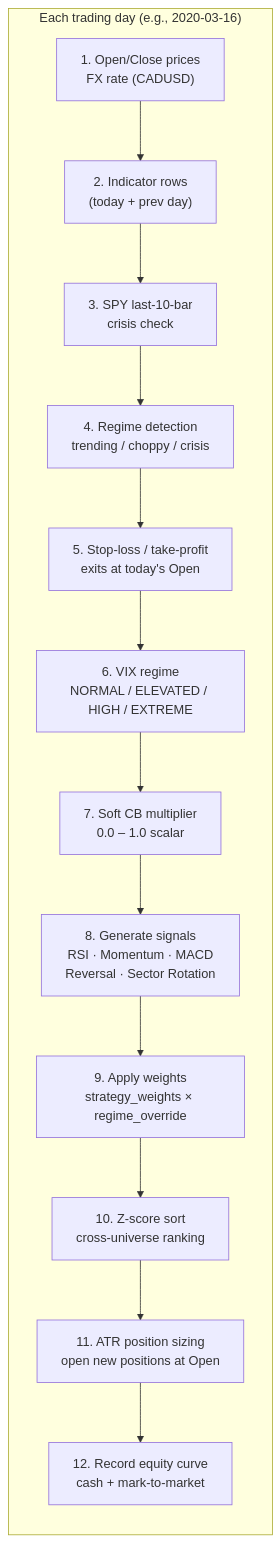
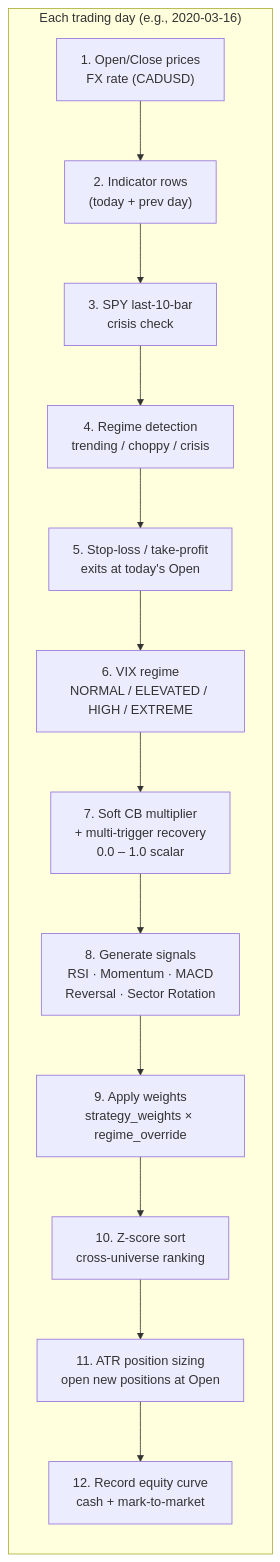
The second of 3 diagrams in ROOS_EXPLAINER.md (imkkapoor/kairos), drawn with Mermaid before and after one commit. The commit also changed other lines of this file and 16 other files, not shown here.

Commit message:
Phase-4.3: Update charting ways and fix risk deadlocks

````diff
--- a/ROOS_EXPLAINER.md
+++ b/ROOS_EXPLAINER.md
@@ -91,20 +90,20 @@
 ```mermaid
 flowchart LR
     subgraph "Each trading day (e.g., 2020-03-16)"
         direction TB
         P1["1. Open/Close prices\nFX rate (CADUSD)"]
         P2["2. Indicator rows\n(today + prev day)"]
         P3["3. SPY last-10-bar\ncrisis check"]
         P4["4. Regime detection\ntrending / choppy / crisis"]
         P5["5. Stop-loss / take-profit\nexits at today's Open"]
         P6["6. VIX regime\nNORMAL / ELEVATED / HIGH / EXTREME"]
-        P7["7. Soft CB multiplier\n0.0 – 1.0 scalar"]
+        P7["7. Soft CB multiplier\n+ multi-trigger recovery\n0.0 – 1.0 scalar"]
         P8["8. Generate signals\nRSI · Momentum · MACD\nReversal · Sector Rotation"]
         P9["9. Apply weights\nstrategy_weights × regime_override"]
         P10["10. Z-score sort\ncross-universe ranking"]
         P11["11. ATR position sizing\nopen new positions at Open"]
         P12["12. Record equity curve\ncash + mark-to-market"]
 
         P1 --> P2 --> P3 --> P4 --> P5 --> P6 --> P7 --> P8 --> P9 --> P10 --> P11 --> P12
     end
 ```
````
